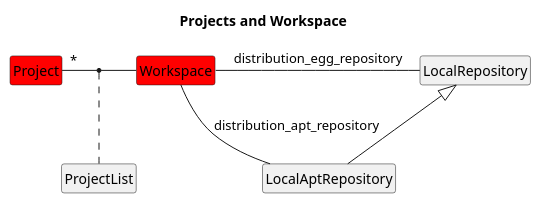
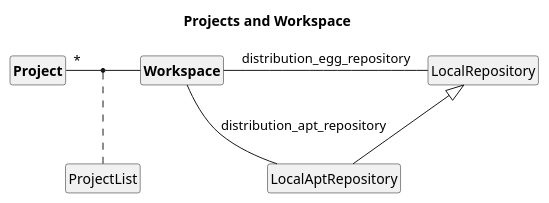
Before and after one commit to reahl/reahl: the diagram in reahl-dev/reahl/dev_dev/projects_and_workspace.puml, drawn with PlantUML. The commit also changed 28 other files, not shown here.

```diff
--- a/reahl-dev/reahl/dev_dev/projects_and_workspace.puml
+++ b/reahl-dev/reahl/dev_dev/projects_and_workspace.puml
@@ -1,17 +1,17 @@
 @startuml
 
 title Projects and Workspace
 
 hide members
 hide circle
 
-class Project #red
-class Workspace #red
+class "<b>Project</b>" as Project
+class "<b>Workspace</b>" as Workspace
 
 Project "*" -right- Workspace
 (Project, Workspace) .. ProjectList
 LocalRepository <|-- LocalAptRepository
 Workspace -right- LocalRepository : distribution_egg_repository
 Workspace -- LocalAptRepository : distribution_apt_repository
 
 @enduml
```
